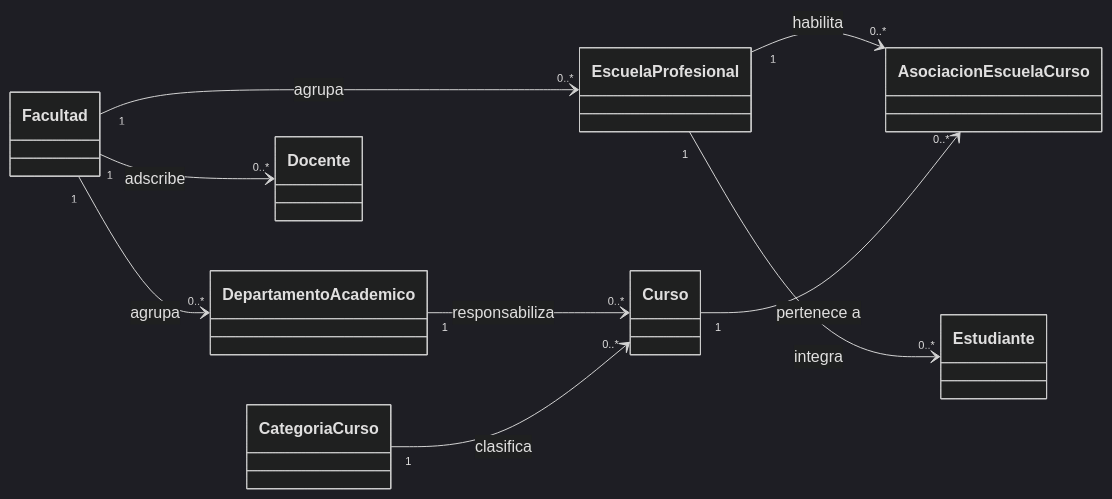
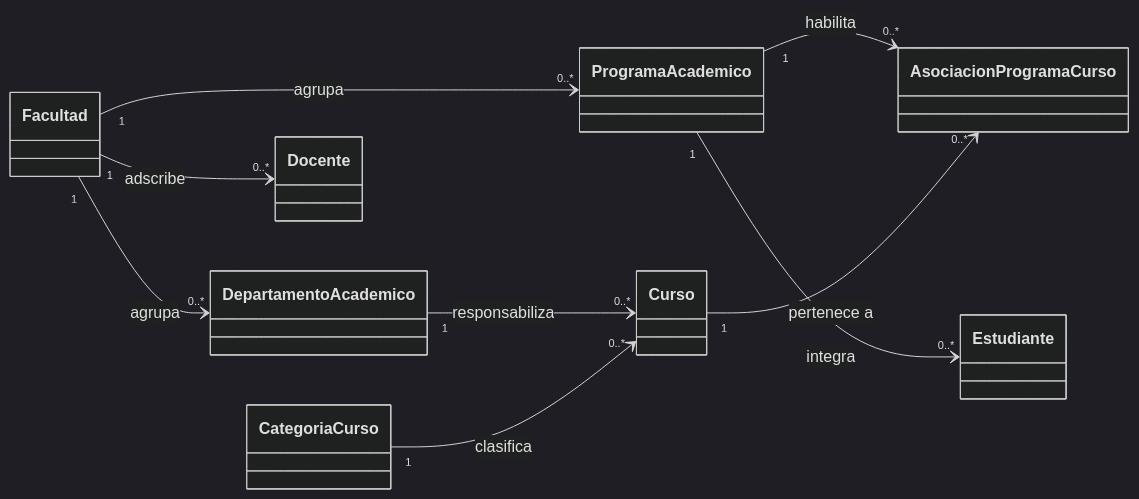
One commit to EderPanta18/academic-management-api changed the first of 2 diagrams in docs/05-modeling/01-domain-model.md. Above: the diagram before and after it, drawn with Mermaid (dark theme). The commit also changed other lines of this file and 22 other files, not shown here.

````diff
--- a/docs/05-modeling/01-domain-model.md
+++ b/docs/05-modeling/01-domain-model.md
@@ -37,21 +37,21 @@
 ```mermaid
 classDiagram
     direction LR
     class Facultad
     class DepartamentoAcademico
-    class EscuelaProfesional
+    class ProgramaAcademico
     class Docente
     class Estudiante
     class Curso
-    class AsociacionEscuelaCurso
+    class AsociacionProgramaCurso
     class CategoriaCurso
 
     Facultad "1" --> "0..*" DepartamentoAcademico : agrupa
-    Facultad "1" --> "0..*" EscuelaProfesional : agrupa
+    Facultad "1" --> "0..*" ProgramaAcademico : agrupa
     Facultad "1" --> "0..*" Docente : adscribe
     DepartamentoAcademico "1" --> "0..*" Curso : responsabiliza
-    EscuelaProfesional "1" --> "0..*" Estudiante : integra
-    EscuelaProfesional "1" --> "0..*" AsociacionEscuelaCurso : habilita
-    Curso "1" --> "0..*" AsociacionEscuelaCurso : pertenece a
+    ProgramaAcademico "1" --> "0..*" Estudiante : integra
+    ProgramaAcademico "1" --> "0..*" AsociacionProgramaCurso : habilita
+    Curso "1" --> "0..*" AsociacionProgramaCurso : pertenece a
     CategoriaCurso "1" --> "0..*" Curso : clasifica
 ```
````
